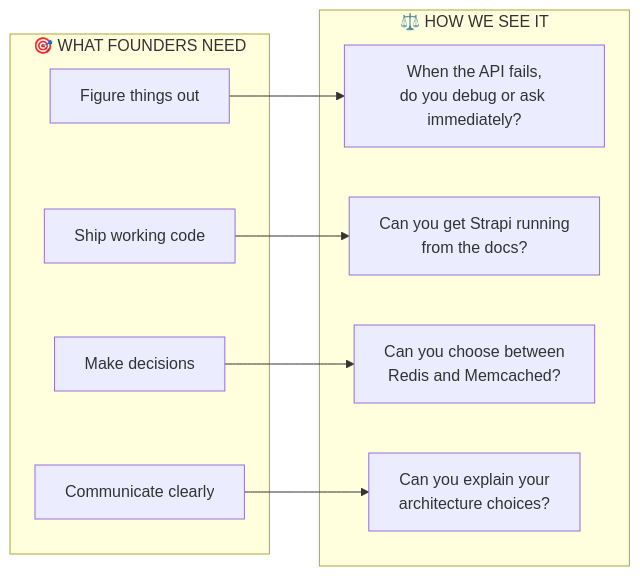
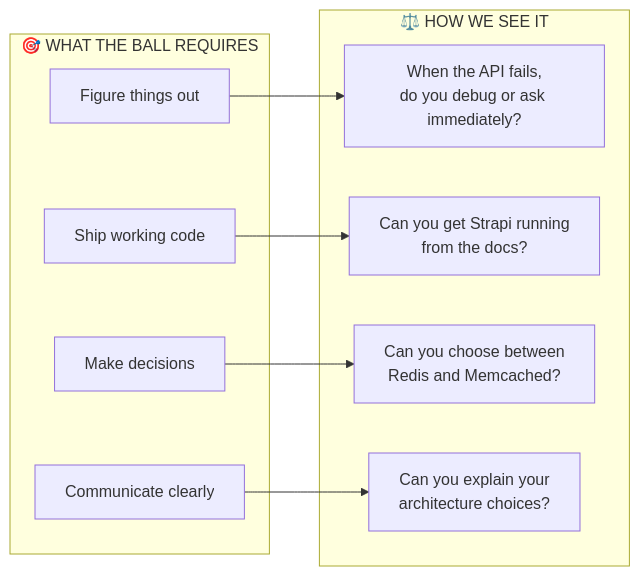
The third of 5 diagrams in DevOps/04-Internship/01-Before-You-Begin.md (PearlThoughtsInternship/Internship-Obsidian-Vault), drawn with Mermaid before and after one commit. The commit also changed other lines of this file and 1 other file, not shown here.

````diff
--- a/DevOps/04-Internship/01-Before-You-Begin.md
+++ b/DevOps/04-Internship/01-Before-You-Begin.md
@@ -138,21 +160,21 @@
 ```mermaid
 flowchart LR
-    subgraph Qualities["🎯 WHAT FOUNDERS NEED"]
+    subgraph Qualities["🎯 WHAT THE BALL REQUIRES"]
         S1["Figure things out"]
         S2["Ship working code"]
         S3["Make decisions"]
         S4["Communicate clearly"]
     end
 
     subgraph Test["⚖️ HOW WE SEE IT"]
         Q1["When the API fails,<br/>do you debug or ask immediately?"]
         Q2["Can you get Strapi running<br/>from the docs?"]
         Q3["Can you choose between<br/>Redis and Memcached?"]
         Q4["Can you explain your<br/>architecture choices?"]
     end
 
     S1 --> Q1
     S2 --> Q2
     S3 --> Q3
     S4 --> Q4
 ```
````
